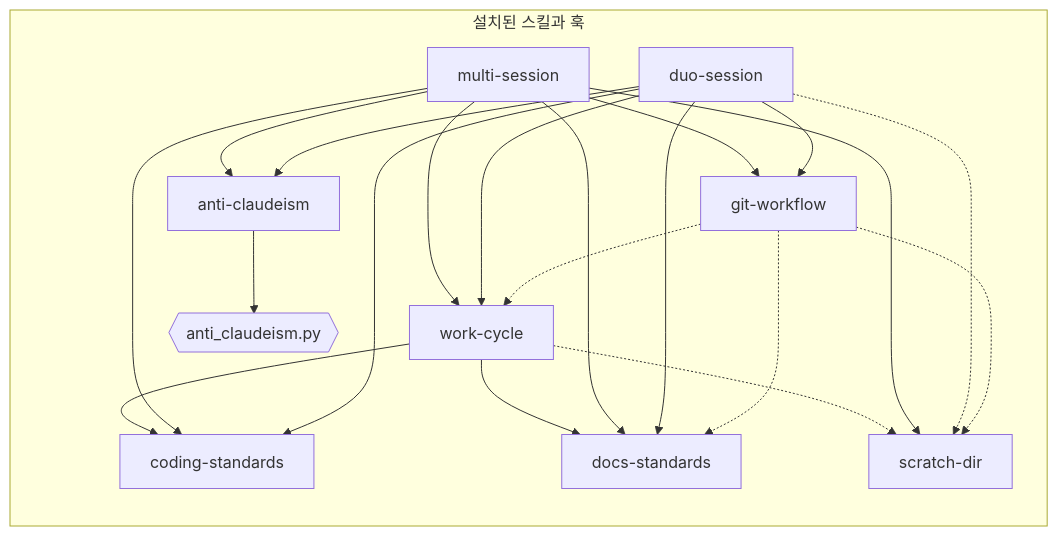
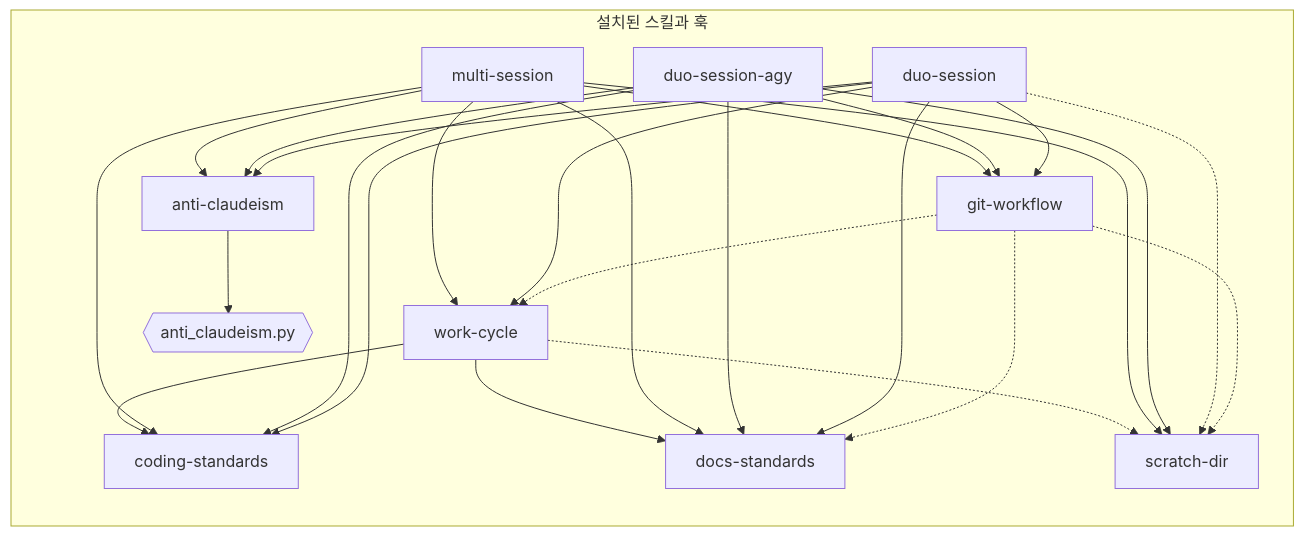
One commit to nil-park/claude-workflow-kit changed the diagram in docs/architecture/component-dependency.md. Above: the diagram before and after it, drawn with Mermaid. The commit also changed other lines of this file and 20 other files, not shown here.

First line of the commit message:
feat: add the duo-session-agy skill and replace duo-session in bootstrap (#66)

````diff
--- a/docs/architecture/component-dependency.md
+++ b/docs/architecture/component-dependency.md
@@ -3,34 +3,40 @@
 ```mermaid
 flowchart LR
   subgraph inst["설치된 스킬과 훅"]
     wc["work-cycle"]
     cs["coding-standards"]
     ds["docs-standards"]
     sd["scratch-dir"]
     gw["git-workflow"]
     ac["anti-claudeism"]
     ms["multi-session"]
+    dua["duo-session-agy"]
     du["duo-session"]
     hook{{"anti_claudeism.py"}}
   end
 
   wc --> cs
   wc --> ds
   wc -.-> sd
   ms --> gw
   ms --> wc
   ms --> cs
   ms --> ds
   ms --> ac
   ms --> sd
+  dua --> gw
+  dua --> cs
+  dua --> ds
+  dua --> ac
+  dua --> sd
   du --> gw
   du --> wc
   du --> cs
   du --> ds
   du --> ac
   du -.-> sd
   gw -.-> wc
   gw -.-> ds
   gw -.-> sd
   ac --> hook
 ```
````
